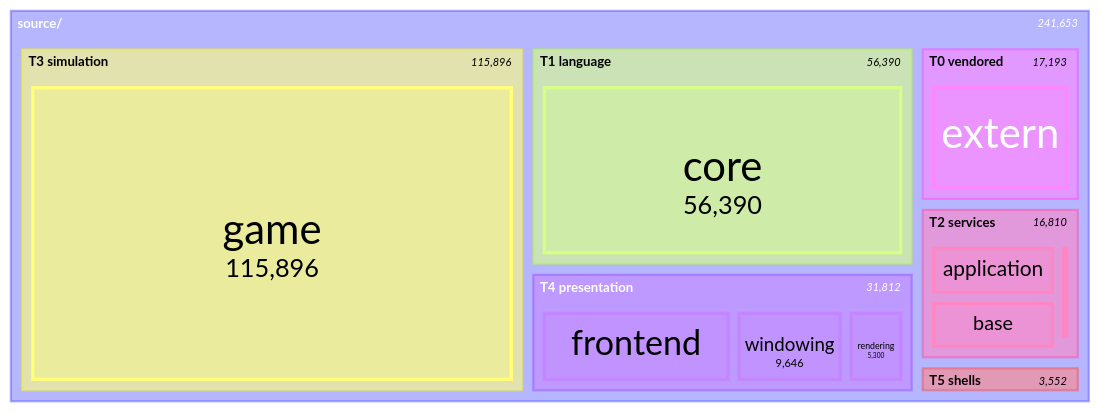
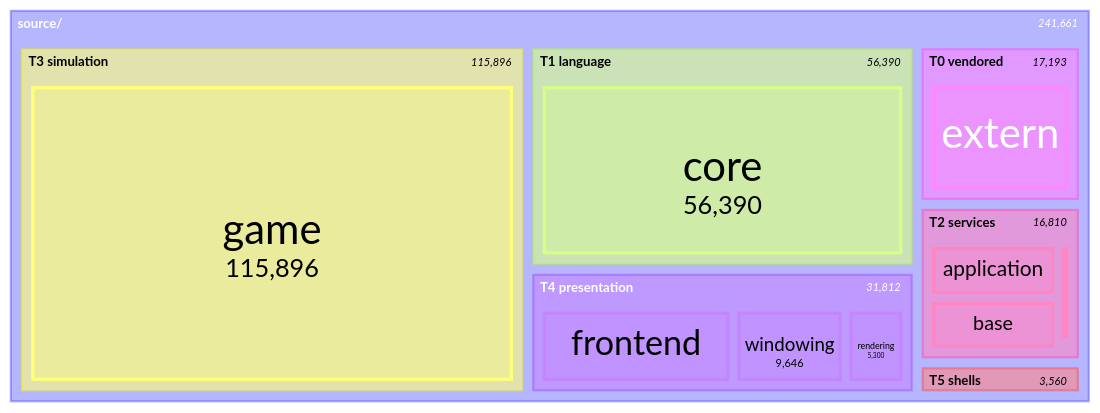
Before and after one commit to apnex/OpenStarbound: the seventh of 11 diagrams in docs/architecture/system-boundaries.md, drawn with Mermaid. The commit also changed other lines of this file and 3 other files, not shown here.

````diff
--- a/docs/architecture/system-boundaries.md
+++ b/docs/architecture/system-boundaries.md
@@ -599,22 +599,22 @@
 ```mermaid
 treemap-beta
 "source/"
     "T0 vendored"
         "extern": 17193
     "T1 language"
         "core": 56390
     "T2 services"
         "application": 7677
         "base": 7472
         "metrics": 1519
         "platform": 142
     "T3 simulation"
         "game": 115896
     "T4 presentation"
         "frontend": 16866
         "windowing": 9646
         "rendering": 5300
     "T5 shells"
-        "client": 2769
+        "client": 2777
         "server": 783
 ```
````
